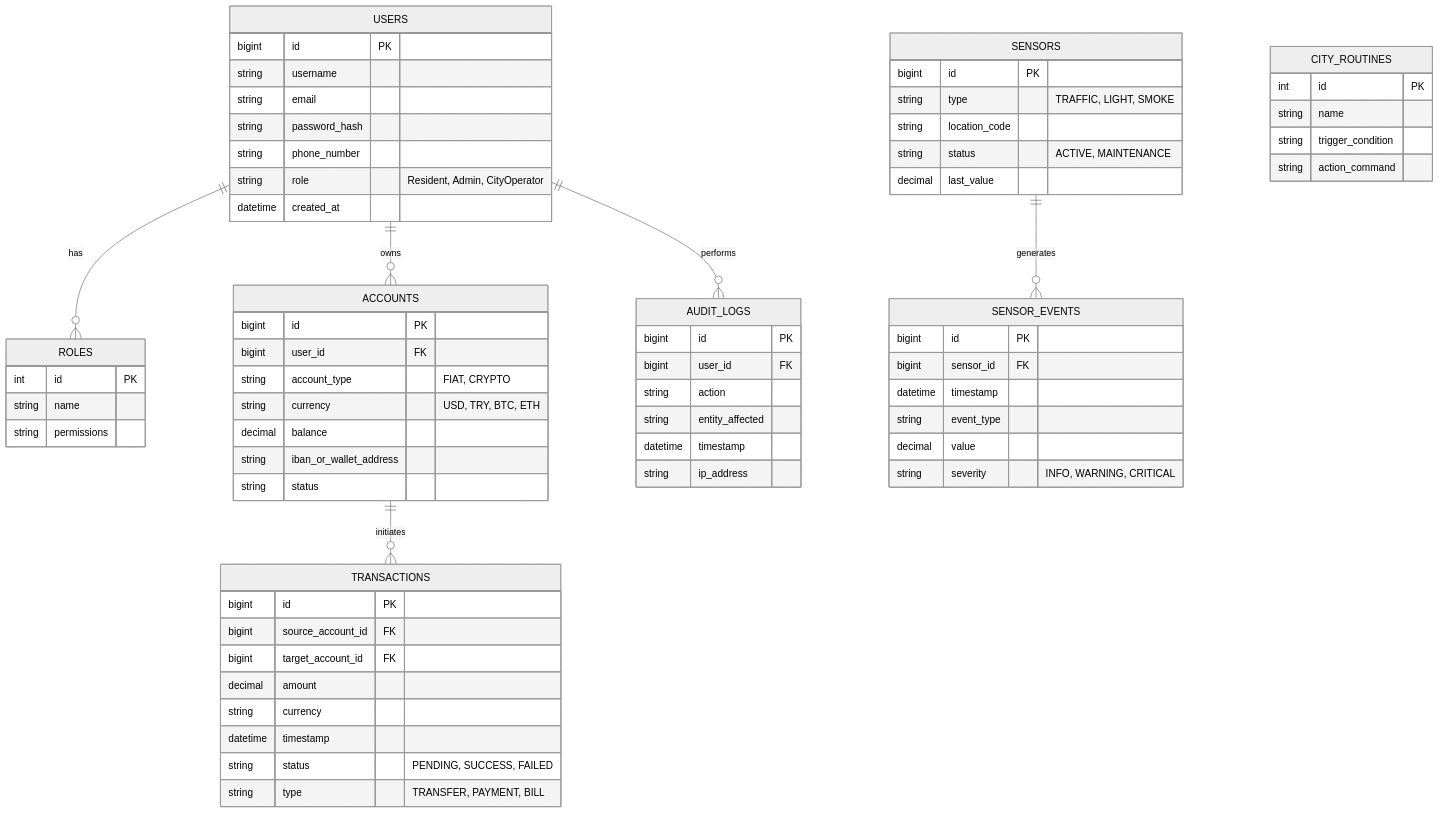
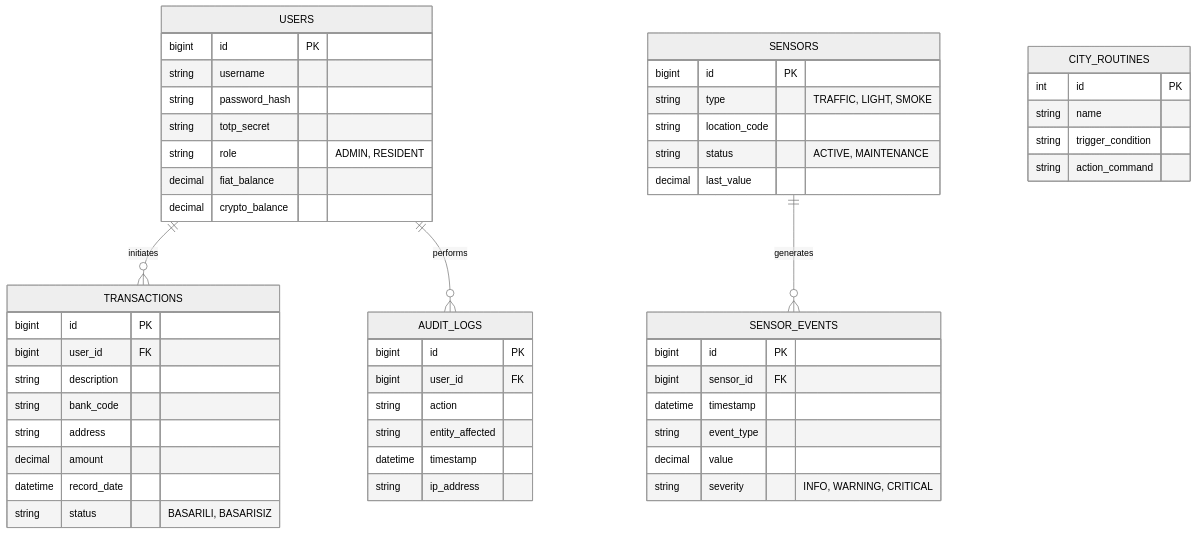
One commit to ferdiozaydin/digibank changed the diagram in docs/ek_a_database_schema.mmd. Above: the diagram before and after it, drawn with Mermaid. The commit also changed 8 other files, not shown here.

Commit message:
Yönetici paneli için CRUD işlemleri eklendi; API uç noktaları güncellendi ve kullanıcı/işlem yönetimi senaryosu tanımlandı.

```diff
--- a/docs/ek_a_database_schema.mmd
+++ b/docs/ek_a_database_schema.mmd
@@ -1,88 +1,69 @@
 ---
 config:
   theme: neutral
 ---
 erDiagram
 
-    %% Kullanıcı ve Kimlik Yönetimi
+    %% Kullanıcı (In-Memory Prototype Model)
     USERS {
         bigint id PK
         string username
-        string email
         string password_hash
-        string phone_number
-        string role "Resident, Admin, CityOperator"
-        datetime created_at
+        string totp_secret
+        string role "ADMIN, RESIDENT"
+        decimal fiat_balance
+        decimal crypto_balance
     }
 
-    ROLES {
-        int id PK
-        string name
-        string permissions
+    %% Bankacılık Modülü
+    TRANSACTIONS {
+        bigint id PK
+        bigint user_id FK
+        string description
+        string bank_code
+        string address
+        decimal amount
+        datetime record_date
+        string status "BASARILI, BASARISIZ"
     }
 
-    USERS ||--o{ ROLES : "has"
-
-    %% Bankacılık Modülü
-    ACCOUNTS {
-        bigint id PK
-        bigint user_id FK
-        string account_type "FIAT, CRYPTO"
-        string currency "USD, TRY, BTC, ETH"
-        decimal balance
-        string iban_or_wallet_address
-        string status
-    }
-
-    TRANSACTIONS {
-        bigint id PK
-        bigint source_account_id FK
-        bigint target_account_id FK
-        decimal amount
-        string currency
-        datetime timestamp
-        string status "PENDING, SUCCESS, FAILED"
-        string type "TRANSFER, PAYMENT, BILL"
-    }
-
-    USERS ||--o{ ACCOUNTS : "owns"
-    ACCOUNTS ||--o{ TRANSACTIONS : "initiates"
+    USERS ||--o{ TRANSACTIONS : "initiates"
 
     %% Akıllı Şehir Modülü
     SENSORS {
         bigint id PK
         string type "TRAFFIC, LIGHT, SMOKE"
         string location_code
         string status "ACTIVE, MAINTENANCE"
         decimal last_value
     }
 
     SENSOR_EVENTS {
         bigint id PK
         bigint sensor_id FK
         datetime timestamp
         string event_type
         decimal value
         string severity "INFO, WARNING, CRITICAL"
     }
 
     CITY_ROUTINES {
         int id PK
         string name
         string trigger_condition
         string action_command
     }
 
     SENSORS ||--o{ SENSOR_EVENTS : "generates"
     
     %% Audit ve Loglama
     AUDIT_LOGS {
         bigint id PK
         bigint user_id FK
         string action
         string entity_affected
         datetime timestamp
         string ip_address
     }
 
     USERS ||--o{ AUDIT_LOGS : "performs"
```
